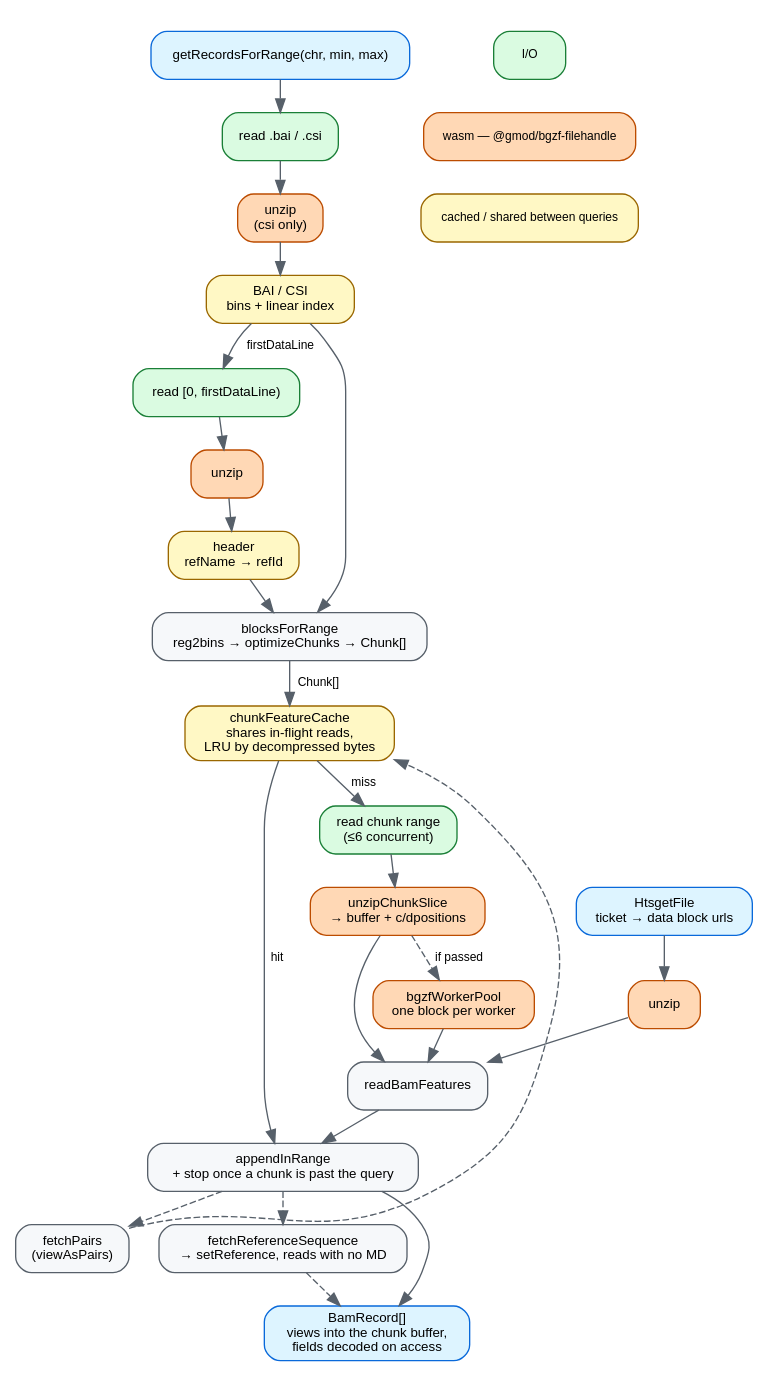
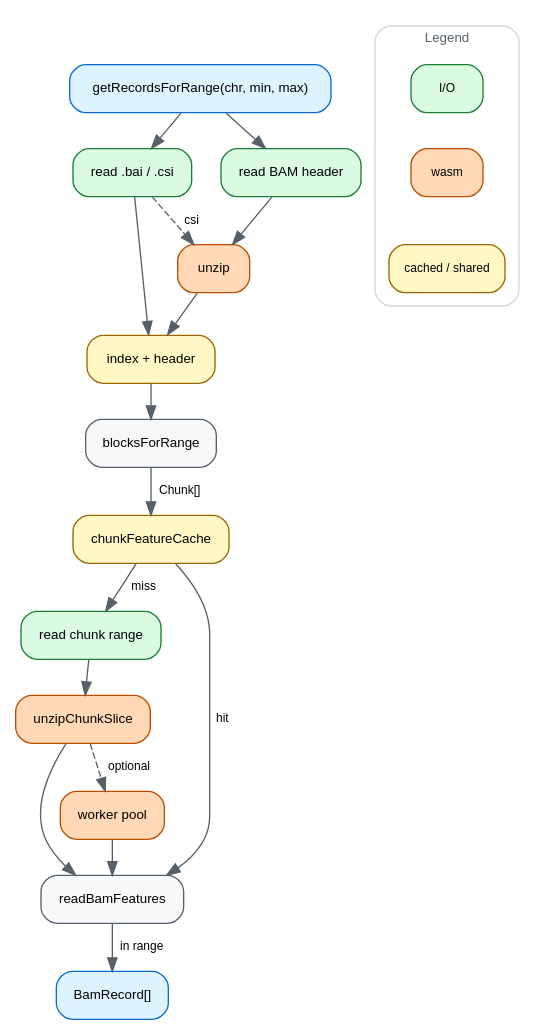
The diagram in docs/dataflow.dot (GMOD/bam-js), drawn with Graphviz before and after one commit. The commit also changed 2 other files, not shown here.

Commit message:
docs: simplify the diagram and label the legend
19 nodes down to 12, the main path only — htsget, the mate lookups, the
reference pass and the early stop are named in dataflow.md instead of drawn. The
legend was three unlabelled boxes floating beside the graph and read as part of
it; it is now a bordered box that says Legend.

Kept: the dashed csi edge into unzip, since a .bai needs no inflate and a .csi
does, which is the one place bam-js and tabix-js genuinely differ here.

```diff
--- a/docs/dataflow.dot
+++ b/docs/dataflow.dot
@@ -1,68 +1,63 @@
 // Source for docs/dataflow.svg, which README.md embeds.
 // Regenerate with: dot -Tsvg docs/dataflow.dot -o docs/dataflow.svg
+//
+// Deliberately the MAIN PATH only — htsget, viewAsPairs mate lookups, the
+// reference-sequence pass and the early stop are described in dataflow.md
+// instead. A diagram that shows every branch stops being the thing you look at
+// first.
+//
+// SYNC: ~/src/gmod/tabix-js/docs/dataflow.dot — same palette, legend and spine.
 digraph bamjs {
   rankdir=TB
   bgcolor="white"
   nodesep=0.3
-  ranksep=0.34
+  ranksep=0.36
   node [shape=box style="filled,rounded" fillcolor="#f6f8fa" color="#57606a"
-        fontname="Helvetica" fontsize=10 margin="0.12,0.06"]
+        fontname="Helvetica" fontsize=10 margin="0.14,0.07"]
   edge [color="#57606a" fontname="Helvetica" fontsize=9]
 
-  query    [label="getRecordsForRange(chr, min, max)" fillcolor="#ddf4ff" color="#0969da"]
-  out      [label="BamRecord[]\nviews into the chunk buffer,\nfields decoded on access" fillcolor="#ddf4ff" color="#0969da"]
-  hts      [label="HtsgetFile\nticket → data block urls" fillcolor="#ddf4ff" color="#0969da"]
-
-  readidx  [label="read .bai / .csi" fillcolor="#dafbe1" color="#1a7f37"]
-  readhdr  [label="read [0, firstDataLine)" fillcolor="#dafbe1" color="#1a7f37"]
-  readchk  [label="read chunk range\n(≤6 concurrent)" fillcolor="#dafbe1" color="#1a7f37"]
-
-  unzipidx [label="unzip\n(csi only)" fillcolor="#ffd8b5" color="#bc4c00"]
-  unziphdr [label="unzip" fillcolor="#ffd8b5" color="#bc4c00"]
-  unziphts [label="unzip" fillcolor="#ffd8b5" color="#bc4c00"]
-  slice    [label="unzipChunkSlice\n→ buffer + c/dpositions" fillcolor="#ffd8b5" color="#bc4c00"]
-  pool     [label="bgzfWorkerPool\none block per worker" fillcolor="#ffd8b5" color="#bc4c00"]
-
-  index    [label="BAI / CSI\nbins + linear index" fillcolor="#fff8c5" color="#9a6700"]
-  header   [label="header\nrefName → refId" fillcolor="#fff8c5" color="#9a6700"]
-  cache    [label="chunkFeatureCache\nshares in-flight reads,\nLRU by decompressed bytes" fillcolor="#fff8c5" color="#9a6700"]
-
-  blocks   [label="blocksForRange\nreg2bins → optimizeChunks → Chunk[]"]
-  feats    [label="readBamFeatures"]
-  narrow   [label="appendInRange\n+ stop once a chunk is past the query"]
-  pairs    [label="fetchPairs\n(viewAsPairs)"]
-  refseq   [label="fetchReferenceSequence\n→ setReference, reads with no MD"]
+  query   [label="getRecordsForRange(chr, min, max)" fillcolor="#ddf4ff" color="#0969da"]
+  readidx [label="read .bai / .csi" fillcolor="#dafbe1" color="#1a7f37"]
+  readhdr [label="read BAM header" fillcolor="#dafbe1" color="#1a7f37"]
+  unzip   [label="unzip" fillcolor="#ffd8b5" color="#bc4c00"]
+  index   [label="index + header" fillcolor="#fff8c5" color="#9a6700"]
+  blocks  [label="blocksForRange"]
+  cache   [label="chunkFeatureCache" fillcolor="#fff8c5" color="#9a6700"]
+  readchk [label="read chunk range" fillcolor="#dafbe1" color="#1a7f37"]
+  slice   [label="unzipChunkSlice" fillcolor="#ffd8b5" color="#bc4c00"]
+  pool    [label="worker pool" fillcolor="#ffd8b5" color="#bc4c00"]
+  feats   [label="readBamFeatures"]
+  out     [label="BamRecord[]" fillcolor="#ddf4ff" color="#0969da"]
 
   query -> readidx
-  readidx -> unzipidx
-  unzipidx -> index
-  index -> readhdr [label=" firstDataLine "]
-  readhdr -> unziphdr
-  unziphdr -> header
-  header -> blocks
+  readidx -> index
+  readidx -> unzip [style=dashed label=" csi "]
+  query -> readhdr
+  readhdr -> unzip
+  unzip -> index
   index -> blocks
   blocks -> cache [label=" Chunk[] "]
   cache -> readchk [label=" miss "]
   readchk -> slice
-  slice -> pool [style=dashed label=" if passed "]
+  slice -> pool [style=dashed label=" optional "]
   slice -> feats
   pool -> feats
-  hts -> unziphts
-  unziphts -> feats
-  feats -> narrow
-  cache -> narrow [label=" hit "]
-  narrow -> pairs [style=dashed]
-  pairs -> cache [style=dashed constraint=false]
-  narrow -> refseq [style=dashed]
-  refseq -> out [style=dashed]
-  narrow -> out
+  cache -> feats [label=" hit "]
+  feats -> out [label=" in range "]
 
   subgraph cluster_legend {
-    label="" color="white" margin=4
-    node [shape=box style="filled,rounded" fontsize=9 margin="0.08,0.03"]
+    label="Legend"
+    labelloc="t"
+    fontname="Helvetica"
+    fontsize=10
+    fontcolor="#57606a"
+    color="#d0d7de"
+    style="rounded"
+    margin=10
+    node [shape=box style="filled,rounded" fontsize=9 margin="0.1,0.04"]
     l1 [label="I/O" fillcolor="#dafbe1" color="#1a7f37"]
-    l2 [label="wasm — @gmod/bgzf-filehandle" fillcolor="#ffd8b5" color="#bc4c00"]
-    l3 [label="cached / shared between queries" fillcolor="#fff8c5" color="#9a6700"]
+    l2 [label="wasm" fillcolor="#ffd8b5" color="#bc4c00"]
+    l3 [label="cached / shared" fillcolor="#fff8c5" color="#9a6700"]
     l1 -> l2 -> l3 [style=invis]
   }
 }
```
